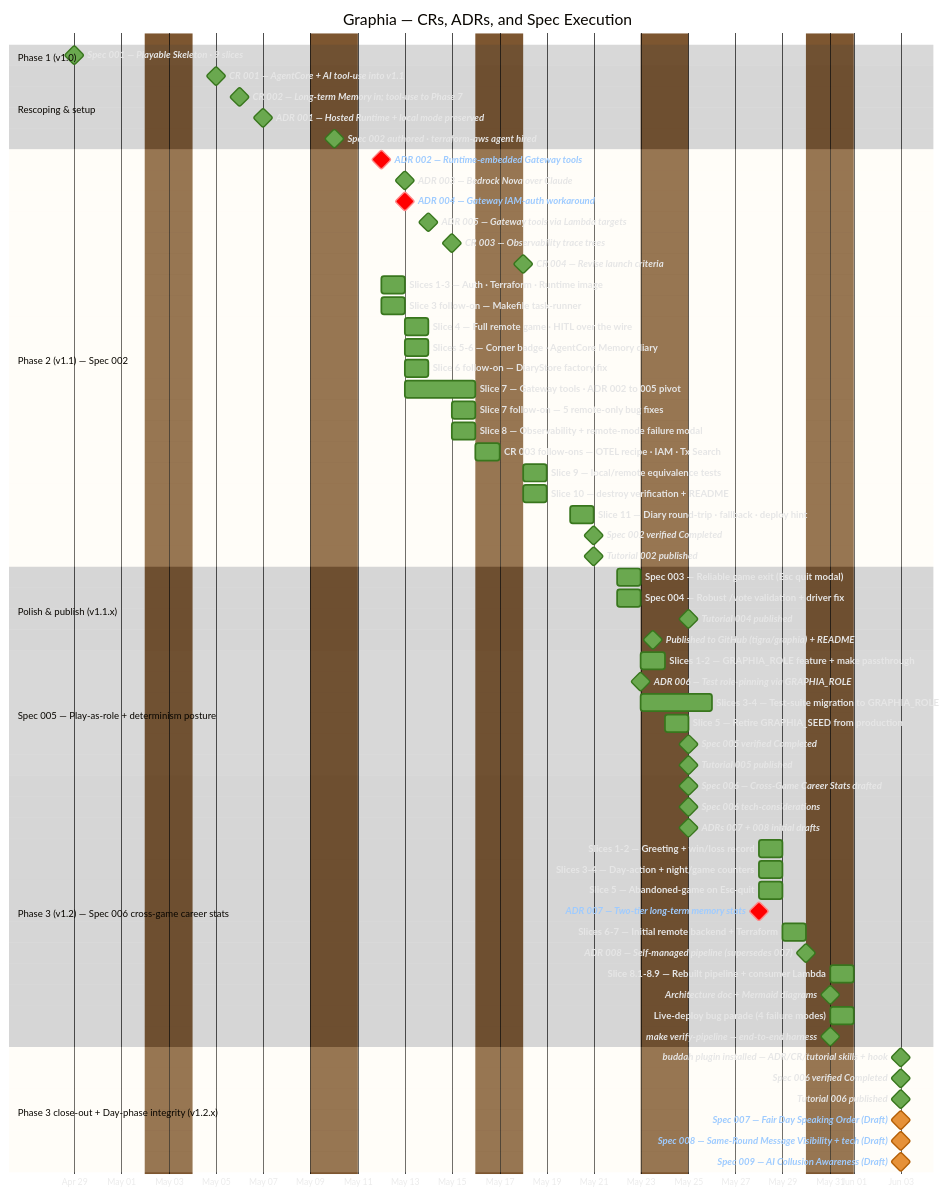
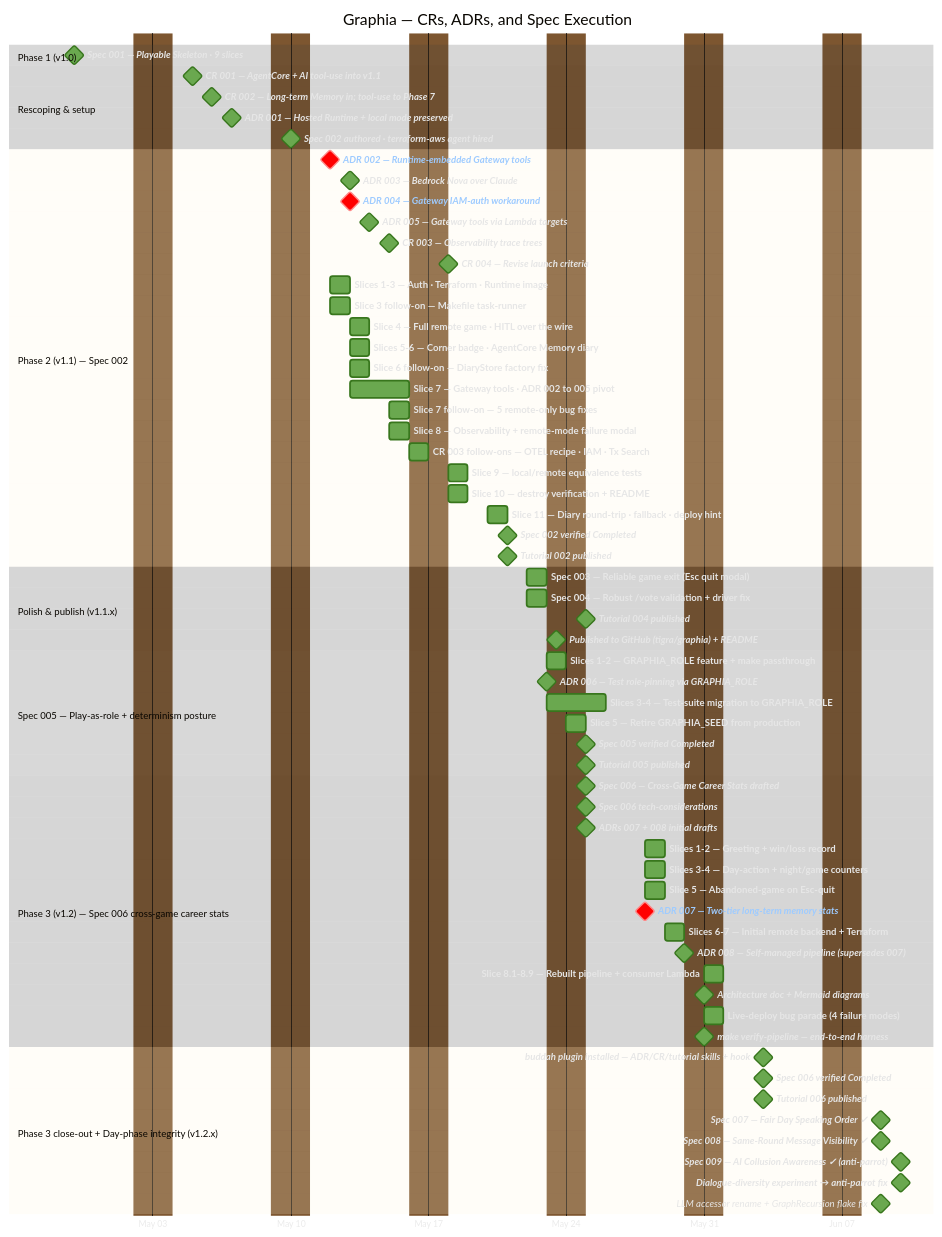
The diagram in context/project-timeline.md (tigra/graphia), drawn with Mermaid before and after one commit. The commit also changed other lines of this file and 1 other file, not shown here.

First line of the commit message:
Docs: README dialogue-quality evals + timeline Act 9

````diff
--- a/context/project-timeline.md
+++ b/context/project-timeline.md
@@ -87,9 +87,11 @@
     buddah plugin installed — ADR/CR/tutorial skills + hook :milestone, done, bud, 2026-06-03, 0d
     Spec 006 verified Completed                          :milestone, done, sp6v, 2026-06-03, 0d
     Tutorial 006 published                               :milestone, done, sp6tut, 2026-06-03, 0d
-    Spec 007 — Fair Day Speaking Order (Draft)           :milestone, active, sp7, 2026-06-03, 0d
-    Spec 008 — Same-Round Message Visibility + tech (Draft) :milestone, active, sp8, 2026-06-03, 0d
-    Spec 009 — AI Collusion Awareness (Draft)            :milestone, active, sp9, 2026-06-03, 0d
+    Spec 007 — Fair Day Speaking Order ✓                 :milestone, done, sp7, 2026-06-09, 0d
+    Spec 008 — Same-Round Message Visibility ✓           :milestone, done, sp8, 2026-06-09, 0d
+    Spec 009 — AI Collusion Awareness ✓ (anti-parrot)    :milestone, done, sp9, 2026-06-10, 0d
+    Dialogue-diversity experiment → anti-parrot fix      :milestone, done, divexp, 2026-06-10, 0d
+    LLM accessor rename + GraphRecursion flake fix       :milestone, done, fixday, 2026-06-09, 0d
 
     click sp1 href "https://github.com/tigra/graphia/tree/main/context/spec/001-playable-skeleton"
     click m1 href "https://github.com/tigra/graphia/blob/main/context/change-requests/001-agentcore-and-tools-in-scope.md"
@@ -145,4 +147,5 @@
     click sp7 href "https://github.com/tigra/graphia/tree/main/context/spec/007-fair-day-speaking-order"
     click sp8 href "https://github.com/tigra/graphia/tree/main/context/spec/008-same-round-message-visibility"
     click sp9 href "https://github.com/tigra/graphia/tree/main/context/spec/009-ai-collusion-awareness"
+    click divexp href "https://github.com/tigra/graphia/blob/main/context/spec/009-ai-collusion-awareness/repetition-experiment-design.md"
 ```
````
